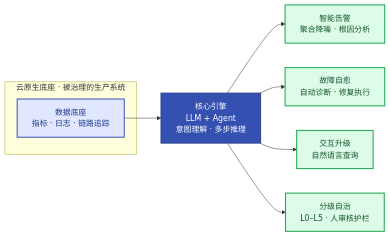
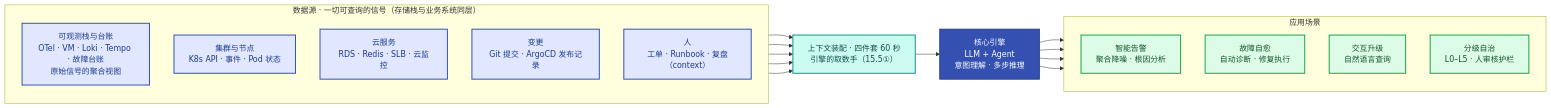
Before and after one commit to jackiesre721/ai-native-ops: the first of 3 diagrams in docs/03-ainative-ops-paradigm.md, drawn with Mermaid. The commit also changed other lines of this file and 25 other files, not shown here.

````diff
--- a/docs/03-ainative-ops-paradigm.md
+++ b/docs/03-ainative-ops-paradigm.md
@@ -13,22 +11,38 @@
 ```mermaid
 flowchart LR
-    subgraph base["云原生底座 · 被治理的生产系统"]
-        D["数据底座<br/>指标 · 日志 · 链路追踪"]
+    subgraph SRCS["数据源 · 一切可查询的信号（存储栈与业务系统同层）"]
+        direction TB
+        S0["可观测栈与台账<br/>OTel · VM · Loki · Tempo · 故障台账<br/>原始信号的聚合视图"]
+        S1["集群与节点<br/>K8s API · 事件 · Pod 状态"]
+        S2["云服务<br/>RDS · Redis · SLB · 云监控"]
+        S3["变更<br/>Git 提交 · ArgoCD 发布记录"]
+        S4["人<br/>工单 · Runbook · 复盘（context）"]
     end
+    CTX["上下文装配 · 四件套 60 秒<br/>引擎的取数手（15.5①）"]
     E["核心引擎<br/>LLM + Agent<br/>意图理解 · 多步推理"]
-    A["智能告警<br/>聚合降噪 · 根因分析"]
-    F["故障自愈<br/>自动诊断 · 修复执行"]
-    N["交互升级<br/>自然语言查询"]
-    L["分级自治<br/>L0–L5 · 人审核护栏"]
-    D --> E
+    subgraph APPS["应用场景"]
+        direction TB
+        A["智能告警<br/>聚合降噪 · 根因分析"]
+        F["故障自愈<br/>自动诊断 · 修复执行"]
+        N["交互升级<br/>自然语言查询"]
+        L["分级自治<br/>L0–L5 · 人审核护栏"]
+    end
+    S0 --> CTX
+    S1 --> CTX
+    S2 --> CTX
+    S3 --> CTX
+    S4 --> CTX
+    CTX --> E
     E --> A
     E --> F
     E --> N
     E --> L
     classDef src fill:#e0e7ff,stroke:#3451b2,color:#1e3a8a,stroke-width:2px
+    classDef ctx fill:#ccfbf1,stroke:#0d9488,color:#134e4a,stroke-width:2px
     classDef eng fill:#3451b2,color:#ffffff,stroke:#2a4090,stroke-width:2px
     classDef app fill:#dcfce7,stroke:#16a34a,color:#14532d,stroke-width:2px
-    class D src
+    class S0,S1,S2,S3,S4 src
+    class CTX ctx
     class E eng
     class A,F,N,L app
 ```
````
